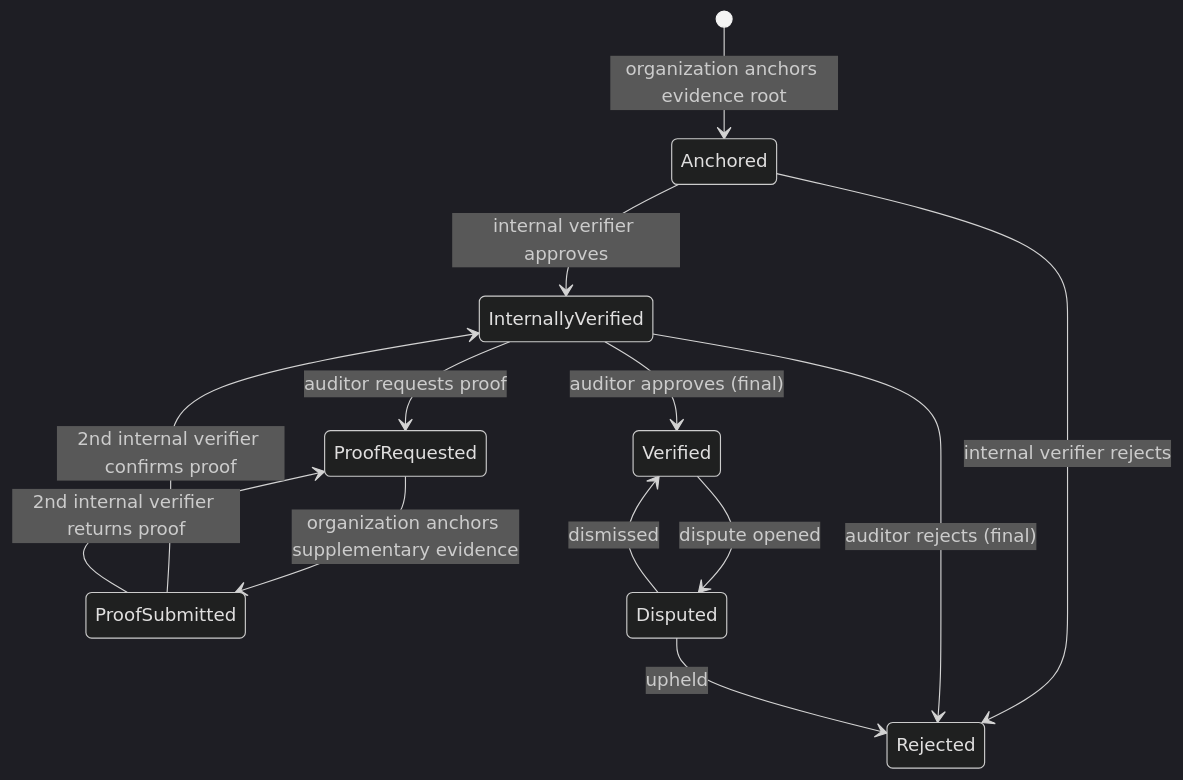
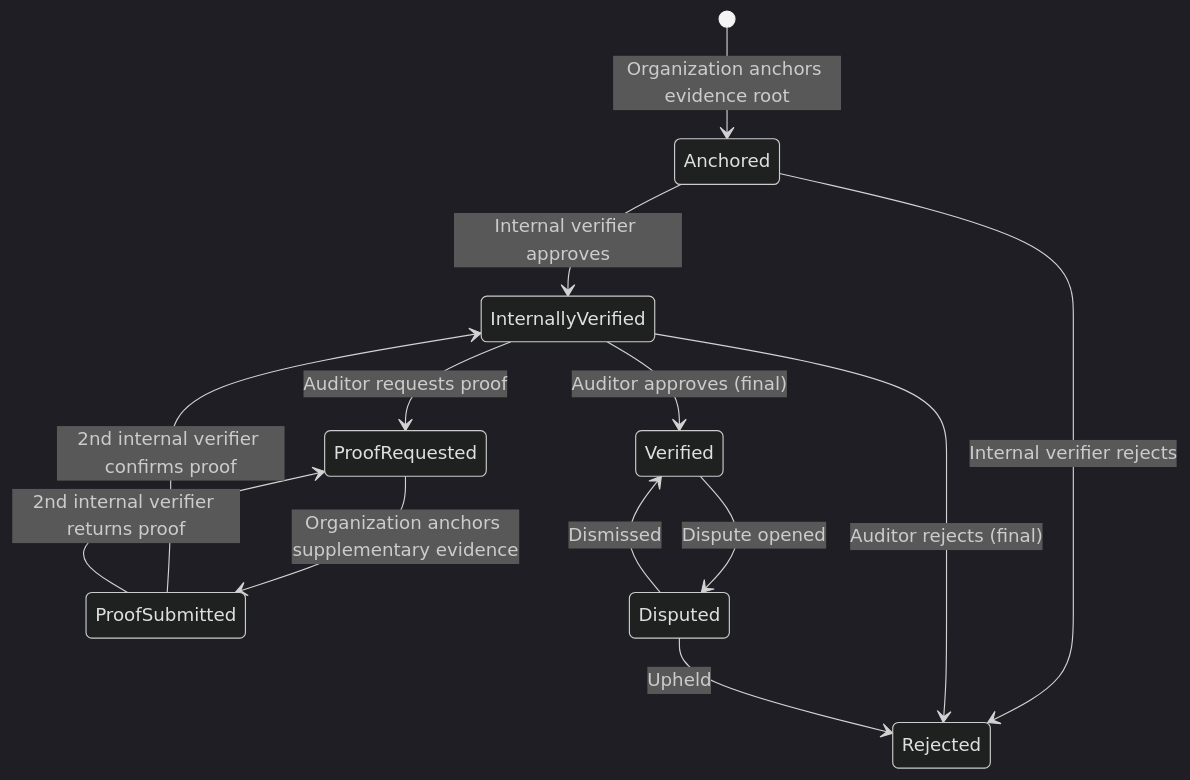
Before and after one commit to gpalfercmd/team-05: the first of 2 diagrams in docs/ARCHITECTURE.md, drawn with Mermaid (dark theme).

Commit message:
Update Architecture

````diff
--- a/docs/ARCHITECTURE.md
+++ b/docs/ARCHITECTURE.md
@@ -67,15 +67,15 @@
 ```mermaid
 stateDiagram-v2
-  [*] --> Anchored: organization anchors evidence root
-  Anchored --> InternallyVerified: internal verifier approves
-  Anchored --> Rejected: internal verifier rejects
-  InternallyVerified --> ProofRequested: auditor requests proof
-  ProofRequested --> ProofSubmitted: organization anchors supplementary evidence
+  [*] --> Anchored: Organization anchors evidence root
+  Anchored --> InternallyVerified: Internal verifier approves
+  Anchored --> Rejected: Internal verifier rejects
+  InternallyVerified --> ProofRequested: Auditor requests proof
+  ProofRequested --> ProofSubmitted: Organization anchors supplementary evidence
   ProofSubmitted --> InternallyVerified: 2nd internal verifier confirms proof
   ProofSubmitted --> ProofRequested: 2nd internal verifier returns proof
-  InternallyVerified --> Verified: auditor approves (final)
-  InternallyVerified --> Rejected: auditor rejects (final)
-  Verified --> Disputed: dispute opened
-  Disputed --> Verified: dismissed
-  Disputed --> Rejected: upheld
+  InternallyVerified --> Verified: Auditor approves (final)
+  InternallyVerified --> Rejected: Auditor rejects (final)
+  Verified --> Disputed: Dispute opened
+  Disputed --> Verified: Dismissed
+  Disputed --> Rejected: Upheld
 ```
````
